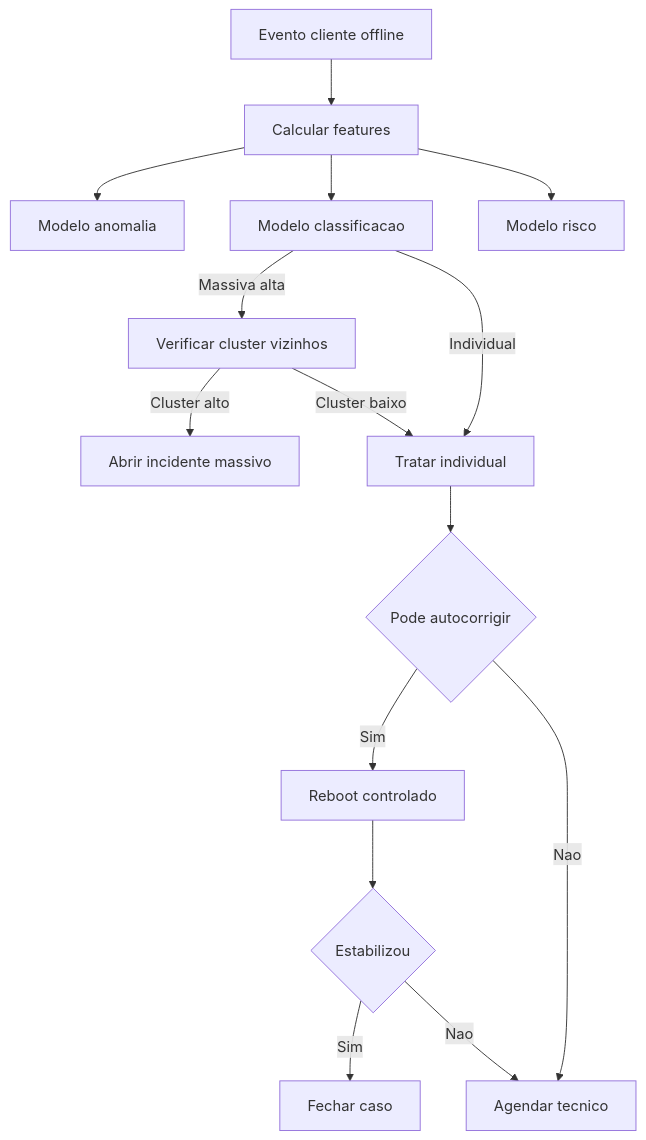
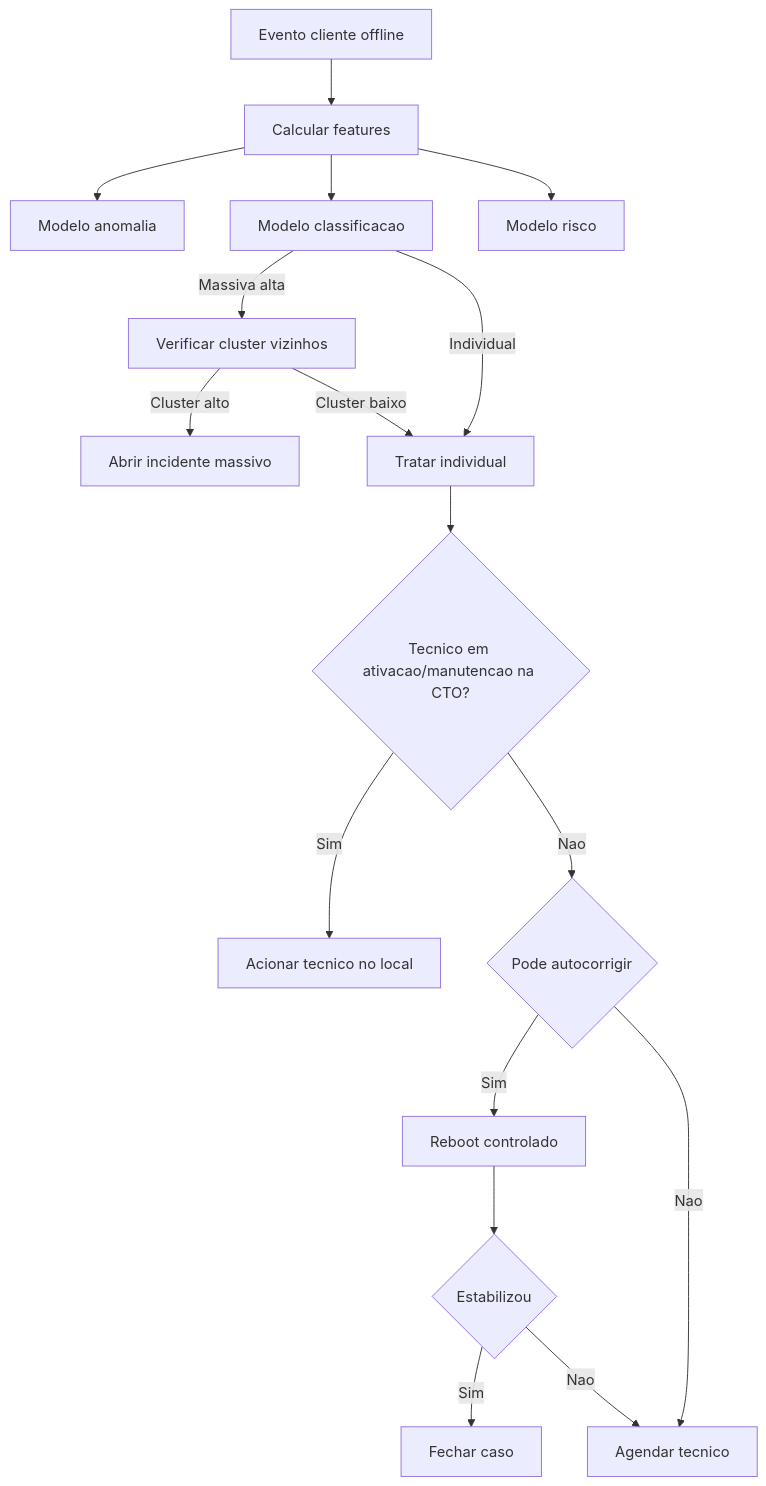
The second of 4 diagrams in README.md (murylomarques/AI_Network_Guardian), drawn with Mermaid before and after one commit. The commit also changed other lines of this file, not shown here.

````diff
--- a/README.md
+++ b/README.md
@@ -143,21 +144,23 @@
 ```mermaid
 flowchart TD
   S[Evento cliente offline] --> F1[Calcular features]
   F1 --> M1[Modelo anomalia]
   F1 --> M2[Modelo classificacao]
   F1 --> M3[Modelo risco]
 
   M2 -->|Massiva alta| X1[Verificar cluster vizinhos]
   X1 -->|Cluster alto| A1[Abrir incidente massivo]
   X1 -->|Cluster baixo| I1[Tratar individual]
 
   M2 -->|Individual| I1
 
-  I1 --> R1{Pode autocorrigir}
+  I1 --> T0{Tecnico em ativacao/manutencao na CTO?}
+  T0 -->|Sim| L1[Acionar tecnico no local]
+  T0 -->|Nao| R1{Pode autocorrigir}
   R1 -->|Sim| B1[Reboot controlado]
   R1 -->|Nao| T1[Agendar tecnico]
 
   B1 --> V1{Estabilizou}
   V1 -->|Sim| C1[Fechar caso]
   V1 -->|Nao| T1
 ```
````
